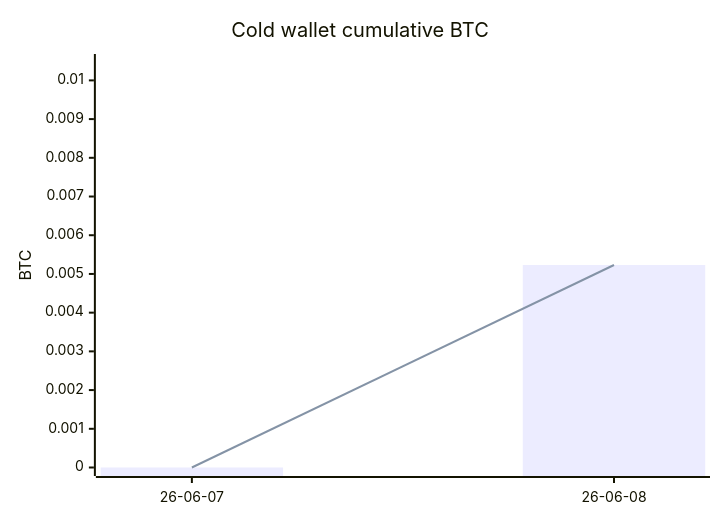
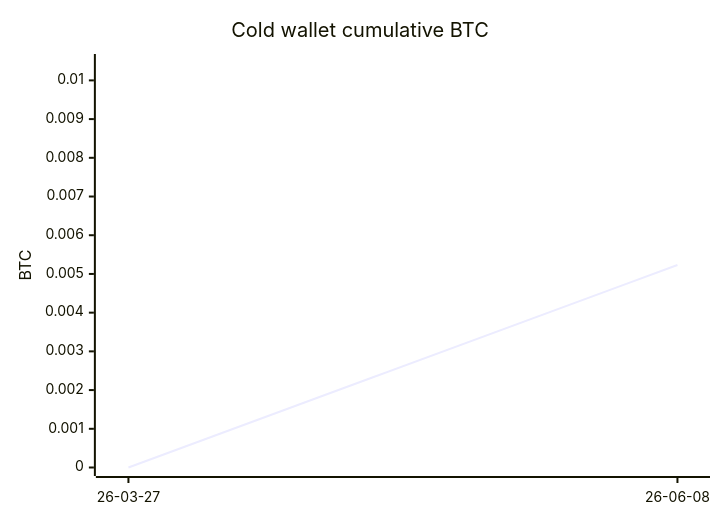
One commit to SayangChun/0.1BTC changed the diagram in README.md. Above: the diagram before and after it, drawn with Mermaid. The commit also changed other lines of this file and 1 other file, not shown here.

First line of the commit message:
Set chart origin to first purchase date and use line only

````diff
--- a/README.md
+++ b/README.md
@@ -67,8 +67,7 @@
 ```mermaid
 xychart-beta
     title "Cold wallet cumulative BTC"
-    x-axis ["26-06-07", "26-06-08"]
+    x-axis ["26-03-27", "26-06-08"]
     y-axis "BTC" 0 --> 0.010462
-    bar [0.0, 0.005231]
     line [0.0, 0.005231]
 ```
````
